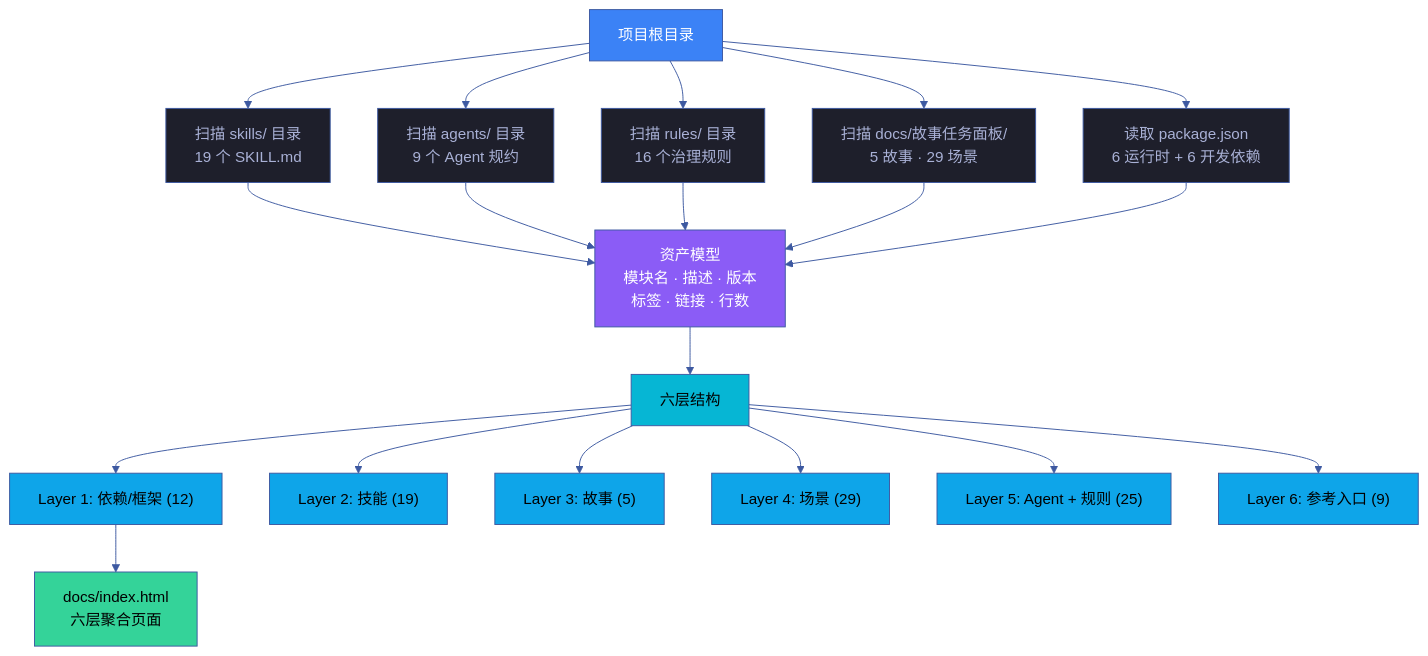
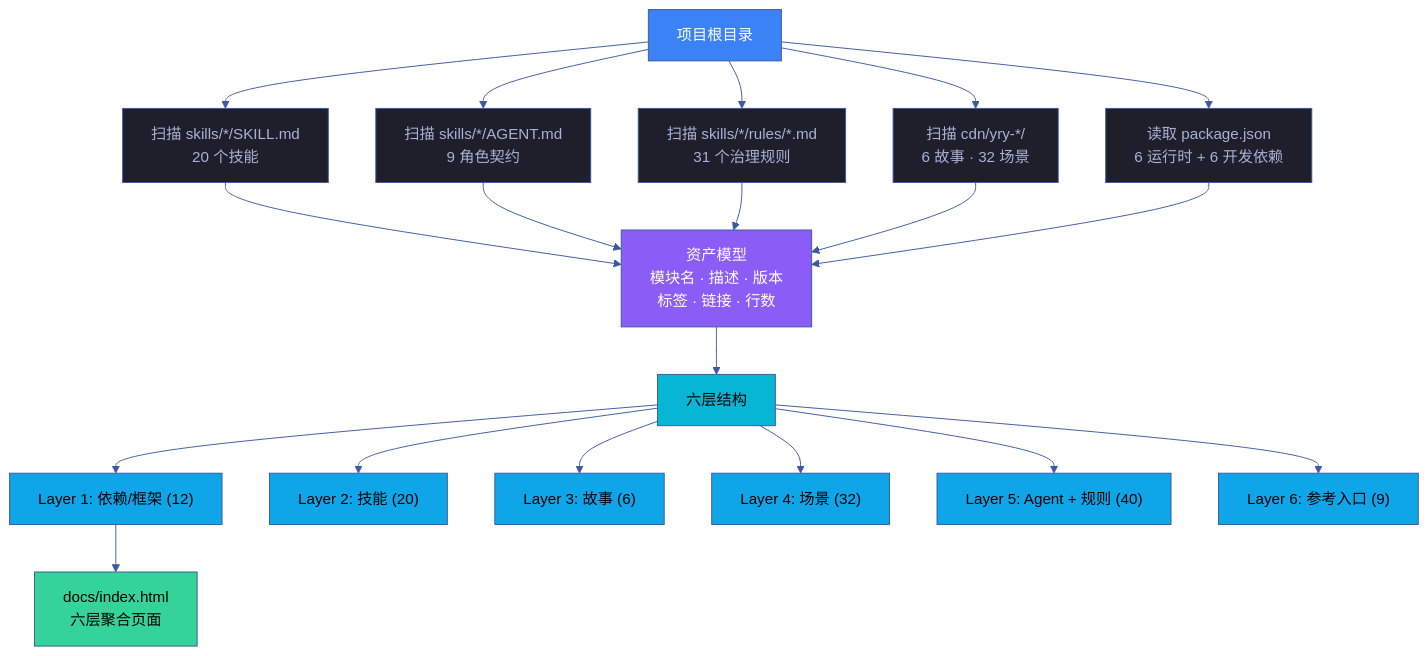
One commit to effiy/YrY changed the first of 3 diagrams in cdn/yry-home/scenes/场景-1-数据采集与六层聚合/index.md. Above: the diagram before and after it, drawn with Mermaid. The commit also changed other lines of this file and 1028 other files, not shown here.

````diff
--- a/cdn/yry-home/scenes/场景-1-数据采集与六层聚合/index.md
+++ b/cdn/yry-home/scenes/场景-1-数据采集与六层聚合/index.md
@@ -37,38 +38,38 @@
 ```mermaid
 %%{init: {'theme': 'base', 'themeVariables': {
   'primaryColor': '#1e1f2b',
   'primaryTextColor': '#a9b1d6',
   'primaryBorderColor': '#3d59a1',
   'lineColor': '#3d59a1',
   'secondaryColor': '#2b2d3b',
   'tertiaryColor': '#21232f'
 }}}%%
 flowchart TB
-    A["项目根目录"]:::entry --> B["扫描 skills/ 目录<br/>19 个 SKILL.md"]
-    A --> C["扫描 agents/ 目录<br/>9 个 Agent 规约"]
-    A --> D["扫描 rules/ 目录<br/>16 个治理规则"]
-    A --> E["扫描 docs/故事任务面板/<br/>5 故事 · 29 场景"]
+    A["项目根目录"]:::entry --> B["扫描 skills/*/SKILL.md<br/>20 个技能"]
+    A --> C["扫描 skills/*/AGENT.md<br/>9 角色契约"]
+    A --> D["扫描 skills/*/rules/*.md<br/>31 个治理规则"]
+    A --> E["扫描 cdn/yry-*/<br/>6 故事 · 32 场景"]
     A --> F["读取 package.json<br/>6 运行时 + 6 开发依赖"]
 
     B --> G["资产模型<br/>模块名 · 描述 · 版本<br/>标签 · 链接 · 行数"]:::model
     C --> G
     D --> G
     E --> G
     F --> G
 
     G --> H["六层结构"]:::structure
     H --> L1["Layer 1: 依赖/框架 (12)"]:::layer
-    H --> L2["Layer 2: 技能 (19)"]:::layer
-    H --> L3["Layer 3: 故事 (5)"]:::layer
-    H --> L4["Layer 4: 场景 (29)"]:::layer
-    H --> L5["Layer 5: Agent + 规则 (25)"]:::layer
+    H --> L2["Layer 2: 技能 (20)"]:::layer
+    H --> L3["Layer 3: 故事 (6)"]:::layer
+    H --> L4["Layer 4: 场景 (32)"]:::layer
+    H --> L5["Layer 5: Agent + 规则 (40)"]:::layer
     H --> L6["Layer 6: 参考入口 (9)"]:::layer
 
     L1 --> OUT["docs/index.html<br/>六层聚合页面"]:::done
 
     classDef entry fill:#3B82F6,color:#fff
     classDef model fill:#8B5CF6,color:#fff
     classDef structure fill:#06b6d4,color:#000
     classDef layer fill:#0ea5e9,color:#000
     classDef done fill:#34d399,color:#000
 ```
````
